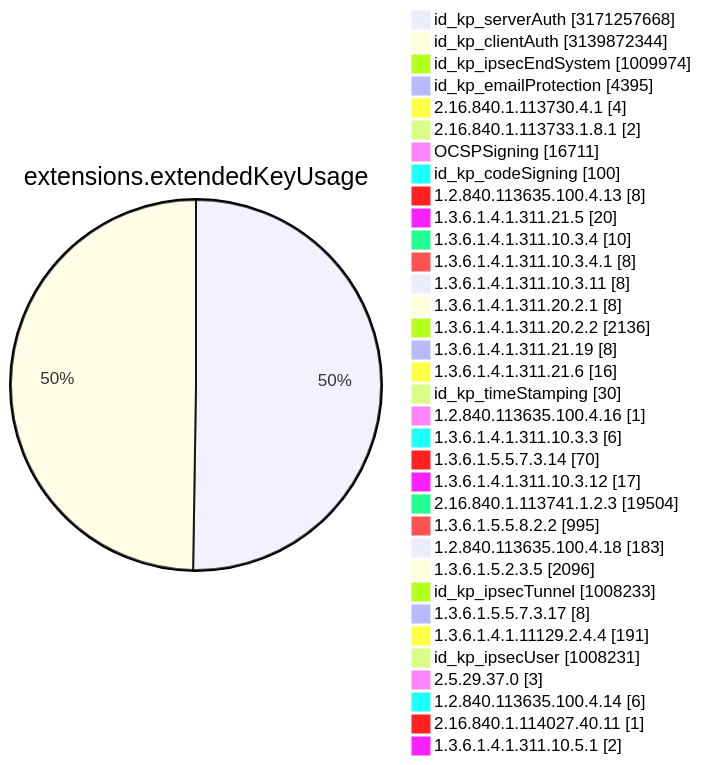
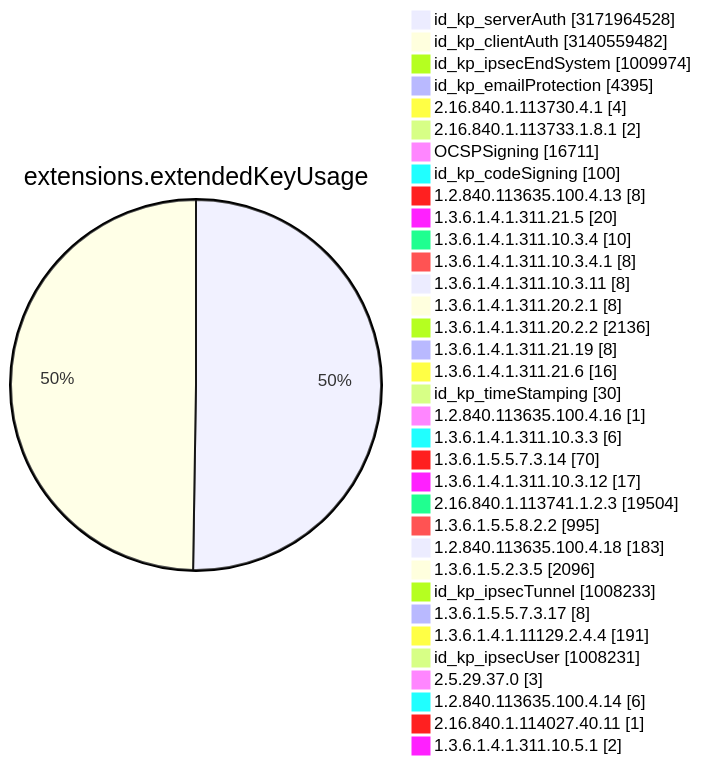
Before and after one commit to christiankrug/ctmonitor_visualization: diagram 11 of 15 in TOTAL/README.md, drawn with Mermaid. The commit also changed other lines of this file, not shown here.

````diff
--- a/TOTAL/README.md
+++ b/TOTAL/README.md
@@ -4119,38 +4119,38 @@
 ```mermaid
 pie showData
 title extensions.extendedKeyUsage
-"id_kp_serverAuth" :3171257668
-"id_kp_clientAuth" :3139872344
+"id_kp_serverAuth" :3171964528
+"id_kp_clientAuth" :3140559482
 "id_kp_ipsecEndSystem" :1009974
 "id_kp_emailProtection" :4395
 "2.16.840.1.113730.4.1" :4
 "2.16.840.1.113733.1.8.1" :2
 "OCSPSigning" :16711
 "id_kp_codeSigning" :100
 "1.2.840.113635.100.4.13" :8
 "1.3.6.1.4.1.311.21.5" :20
 "1.3.6.1.4.1.311.10.3.4" :10
 "1.3.6.1.4.1.311.10.3.4.1" :8
 "1.3.6.1.4.1.311.10.3.11" :8
 "1.3.6.1.4.1.311.20.2.1" :8
 "1.3.6.1.4.1.311.20.2.2" :2136
 "1.3.6.1.4.1.311.21.19" :8
 "1.3.6.1.4.1.311.21.6" :16
 "id_kp_timeStamping" :30
 "1.2.840.113635.100.4.16" :1
 "1.3.6.1.4.1.311.10.3.3" :6
 "1.3.6.1.5.5.7.3.14" :70
 "1.3.6.1.4.1.311.10.3.12" :17
 "2.16.840.1.113741.1.2.3" :19504
 "1.3.6.1.5.5.8.2.2" :995
 "1.2.840.113635.100.4.18" :183
 "1.3.6.1.5.2.3.5" :2096
 "id_kp_ipsecTunnel" :1008233
 "1.3.6.1.5.5.7.3.17" :8
 "1.3.6.1.4.1.11129.2.4.4" :191
 "id_kp_ipsecUser" :1008231
 "2.5.29.37.0" :3
 "1.2.840.113635.100.4.14" :6
 "2.16.840.1.114027.40.11" :1
 "1.3.6.1.4.1.311.10.5.1" :2
 ```
````
